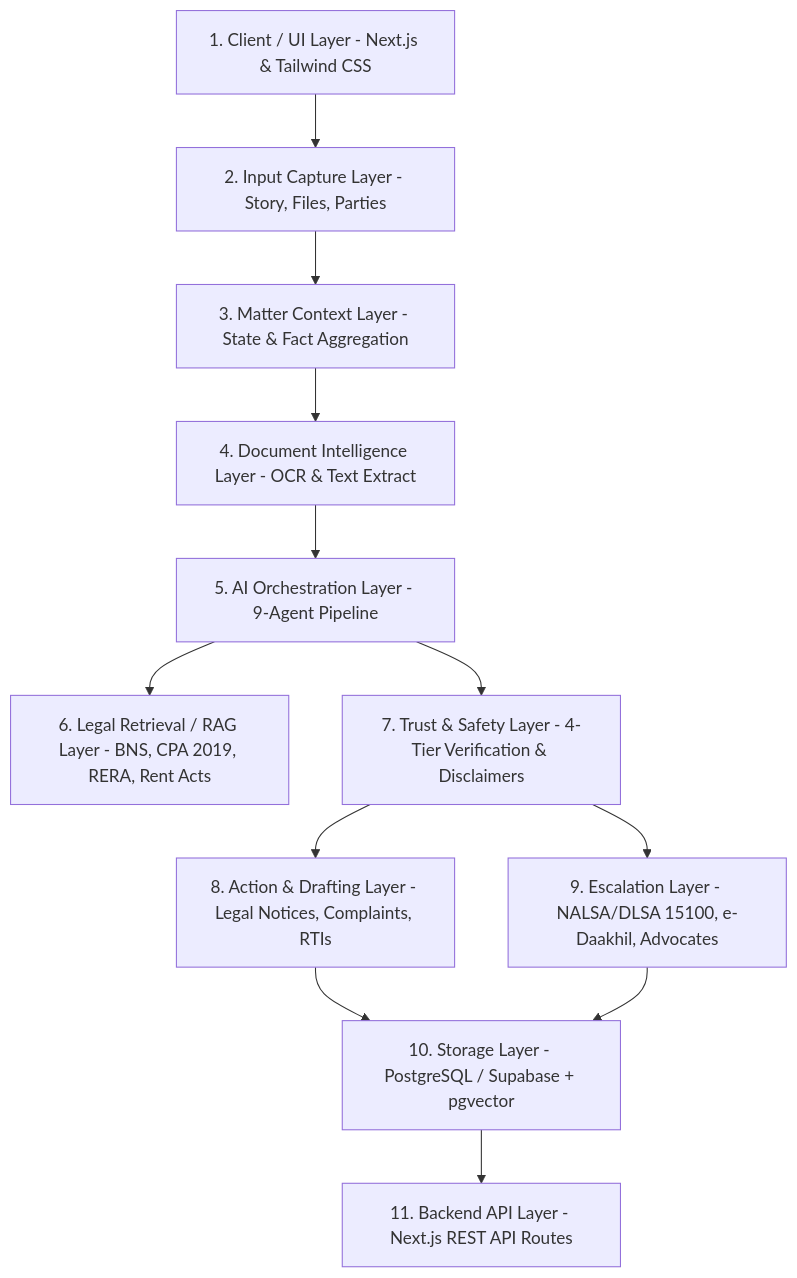
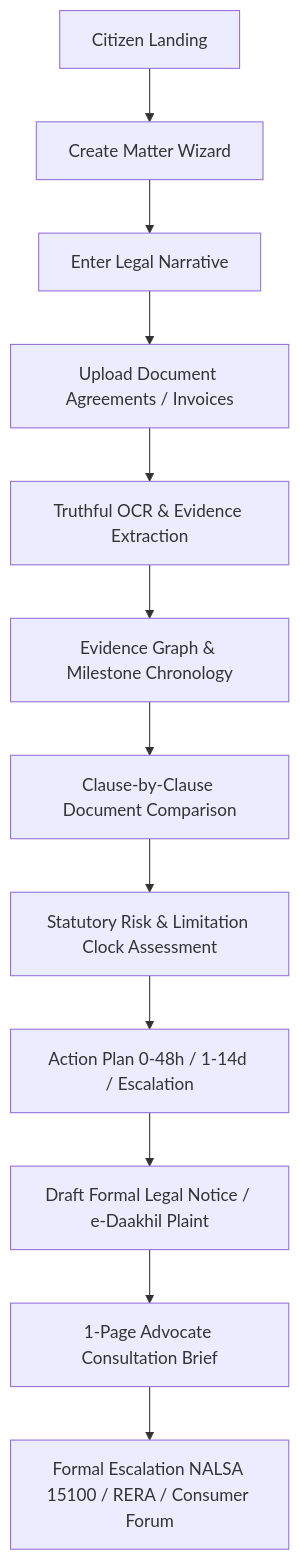
The first of 3 diagrams in README.md (di0206-innovator/nyaysaathi), drawn with Mermaid before and after one commit. The commit also changed other lines of this file and 10 other files, not shown here.

````diff
--- a/README.md
+++ b/README.md
@@ -31,14 +53,14 @@
 ```mermaid
-graph TD
-    UI[1. Client / UI Layer - Next.js & Tailwind CSS] --> Input[2. Input Capture Layer - Story, Files, Parties]
-    Input --> MatterCtx[3. Matter Context Layer - State & Fact Aggregation]
-    MatterCtx --> DocIntel[4. Document Intelligence Layer - OCR & Text Extract]
-    DocIntel --> AIOrch[5. AI Orchestration Layer - 9-Agent Pipeline]
-    AIOrch --> RAG[6. Legal Retrieval / RAG Layer - BNS, CPA 2019, RERA, Rent Acts]
-    AIOrch --> Safety[7. Trust & Safety Layer - 4-Tier Verification & Disclaimers]
-    Safety --> ActionDraft[8. Action & Drafting Layer - Legal Notices, Complaints, RTIs]
-    Safety --> Escalation[9. Escalation Layer - NALSA/DLSA 15100, e-Daakhil, Advocates]
-    ActionDraft --> Storage[10. Storage Layer - PostgreSQL / Supabase + pgvector]
-    Escalation --> Storage
-    Storage --> API[11. Backend API Layer - Next.js REST API Routes]
+flowchart TD
+    A[Citizen Landing] --> B[Create Matter Wizard]
+    B --> C[Enter Legal Narrative]
+    C --> D[Upload Document Agreements / Invoices]
+    D --> E[Truthful OCR & Evidence Extraction]
+    E --> F[Evidence Graph & Milestone Chronology]
+    F --> G[Clause-by-Clause Document Comparison]
+    G --> H[Statutory Risk & Limitation Clock Assessment]
+    H --> I[Action Plan 0-48h / 1-14d / Escalation]
+    I --> J[Draft Formal Legal Notice / e-Daakhil Plaint]
+    J --> K[1-Page Advocate Consultation Brief]
+    K --> L[Formal Escalation NALSA 15100 / RERA / Consumer Forum]
 ```
````
